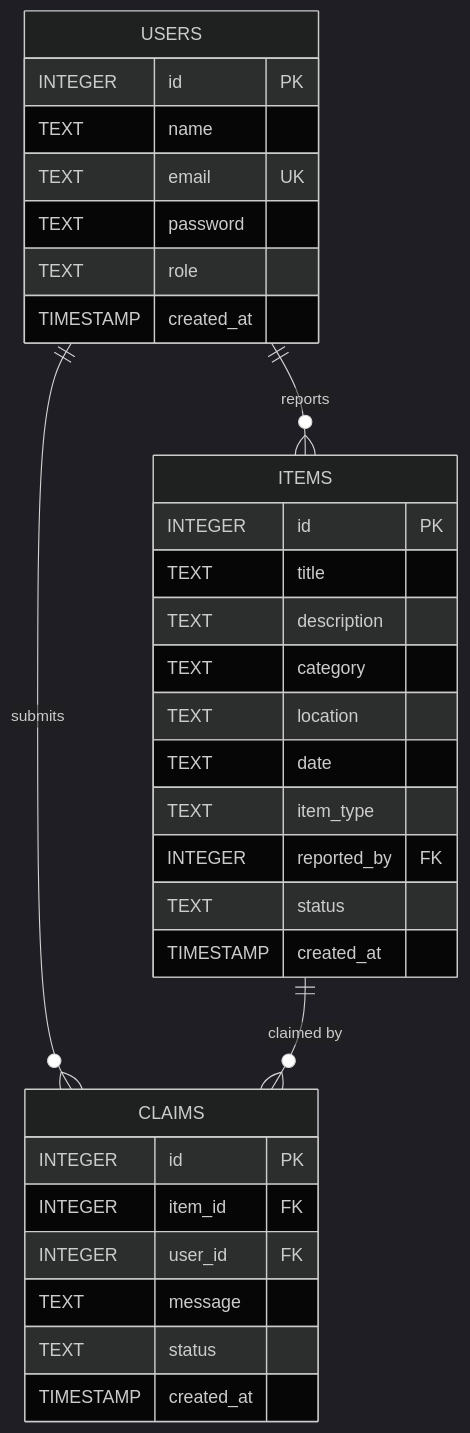
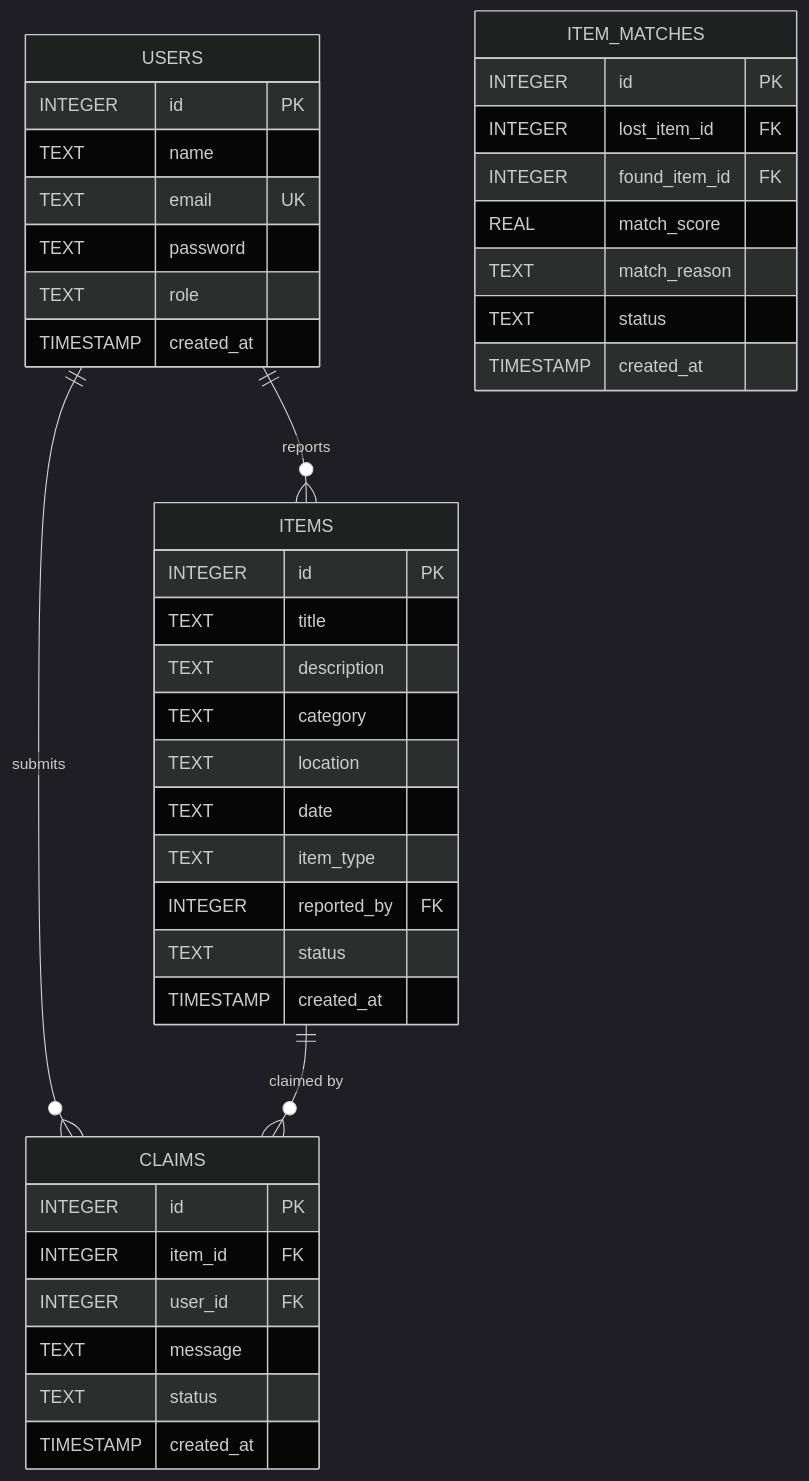
One commit to kalamhussain-hit/SE-MICROPROJECT changed the second of 2 diagrams in docs/SRS.md. Above: the diagram before and after it, drawn with Mermaid (dark theme). The commit also changed other lines of this file and 17 other files, not shown here.

Commit message:
feat: implement Smart Lost-Found Multi-Attribute Matching novelty with explainable scoring, UI cards, tests, and documentation updates

````diff
--- a/docs/SRS.md
+++ b/docs/SRS.md
@@ -143,37 +147,47 @@
 ```mermaid
 erDiagram
     USERS ||--o{ ITEMS : "reports"
     USERS ||--o{ CLAIMS : "submits"
     ITEMS ||--o{ CLAIMS : "claimed by"
 
     USERS {
         INTEGER id PK
         TEXT name
         TEXT email UK
         TEXT password
         TEXT role
         TIMESTAMP created_at
     }
 
     ITEMS {
         INTEGER id PK
         TEXT title
         TEXT description
         TEXT category
         TEXT location
         TEXT date
         TEXT item_type
         INTEGER reported_by FK
         TEXT status
         TIMESTAMP created_at
     }
 
     CLAIMS {
         INTEGER id PK
         INTEGER item_id FK
         INTEGER user_id FK
         TEXT message
         TEXT status
         TIMESTAMP created_at
     }
+
+    ITEM_MATCHES {
+        INTEGER id PK
+        INTEGER lost_item_id FK
+        INTEGER found_item_id FK
+        REAL match_score
+        TEXT match_reason
+        TEXT status
+        TIMESTAMP created_at
+    }
 ```
````
